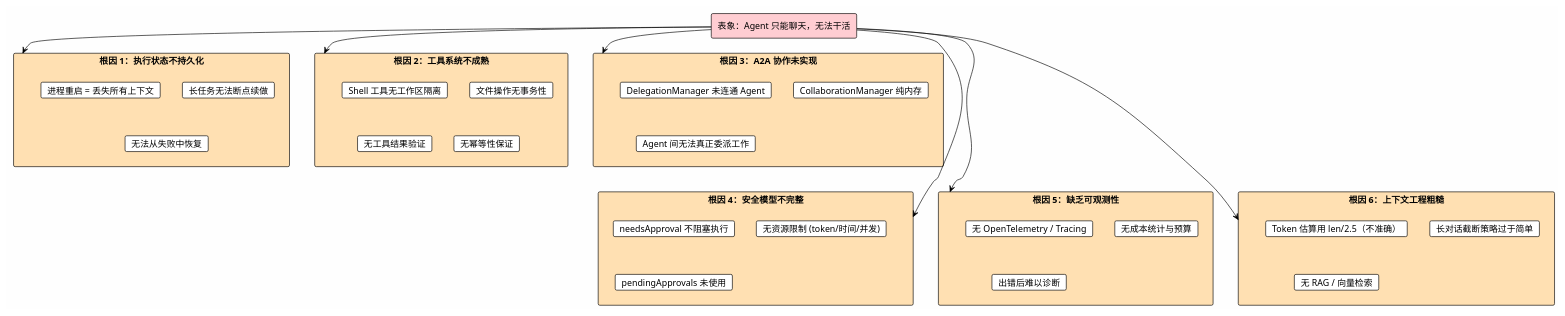
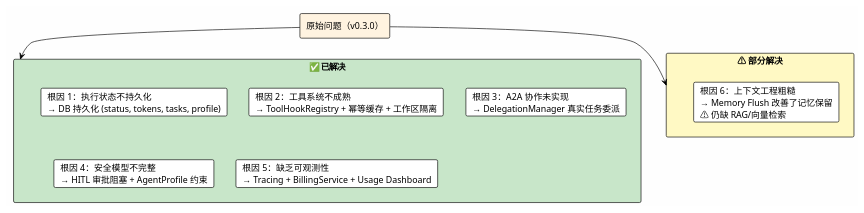
Before and after one commit to markus-global/markus: diagram 16 of 18 in docs/architecture-analysis.md, drawn with PlantUML. The commit also changed other lines of this file and 6 other files, not shown here.

First line of the commit message:
fix: reorganize architecture doc, fix UI bugs, add DB migration safety net

````diff
--- a/docs/architecture-analysis.md
+++ b/docs/architecture-analysis.md
@@ -1169,53 +1170,24 @@
 ```plantuml
-@startuml problem-analysis
+@startuml problem-status
 !theme plain
 skinparam backgroundColor #FEFEFE
 
-rectangle "表象：Agent 只能聊天，无法干活" as Problem #FFCDD2
+rectangle "原始问题（v0.3.0）" as Problems #FFF3E0
 
-rectangle "根因 1：执行状态不持久化" as C1 #FFE0B2 {
-  card "进程重启 = 丢失所有上下文" as C1a
-  card "长任务无法断点续做" as C1b
-  card "无法从失败中恢复" as C1c
+rectangle "✅ 已解决" as Solved #C8E6C9 {
+  card "根因 1：执行状态不持久化\n→ DB 持久化 (status, tokens, tasks, profile)" as S1
+  card "根因 2：工具系统不成熟\n→ ToolHookRegistry + 幂等缓存 + 工作区隔离" as S2
+  card "根因 3：A2A 协作未实现\n→ DelegationManager 真实任务委派" as S3
+  card "根因 4：安全模型不完整\n→ HITL 审批阻塞 + AgentProfile 约束" as S4
+  card "根因 5：缺乏可观测性\n→ Tracing + BillingService + Usage Dashboard" as S5
 }
 
-rectangle "根因 2：工具系统不成熟" as C2 #FFE0B2 {
-  card "Shell 工具无工作区隔离" as C2a
-  card "文件操作无事务性" as C2b
-  card "无工具结果验证" as C2c
-  card "无幂等性保证" as C2d
+rectangle "⚠ 部分解决" as Partial #FFF9C4 {
+  card "根因 6：上下文工程粗糙\n→ Memory Flush 改善了记忆保留\n⚠ 仍缺 RAG/向量检索" as P1
 }
 
-rectangle "根因 3：A2A 协作未实现" as C3 #FFE0B2 {
-  card "DelegationManager 未连通 Agent" as C3a
-  card "CollaborationManager 纯内存" as C3b
-  card "Agent 间无法真正委派工作" as C3c
-}
-
-rectangle "根因 4：安全模型不完整" as C4 #FFE0B2 {
-  card "needsApproval 不阻塞执行" as C4a
-  card "无资源限制 (token/时间/并发)" as C4b
-  card "pendingApprovals 未使用" as C4c
-}
-
-rectangle "根因 5：缺乏可观测性" as C5 #FFE0B2 {
-  card "无 OpenTelemetry / Tracing" as C5a
-  card "无成本统计与预算" as C5b
-  card "出错后难以诊断" as C5c
-}
-
-rectangle "根因 6：上下文工程粗糙" as C6 #FFE0B2 {
-  card "Token 估算用 len/2.5（不准确）" as C6a
-  card "长对话截断策略过于简单" as C6b
-  card "无 RAG / 向量检索" as C6c
-}
-
-Problem --> C1
-Problem --> C2
-Problem --> C3
-Problem --> C4
-Problem --> C5
-Problem --> C6
+Problems --> Solved
+Problems --> Partial
 
 @enduml
 ```
````
